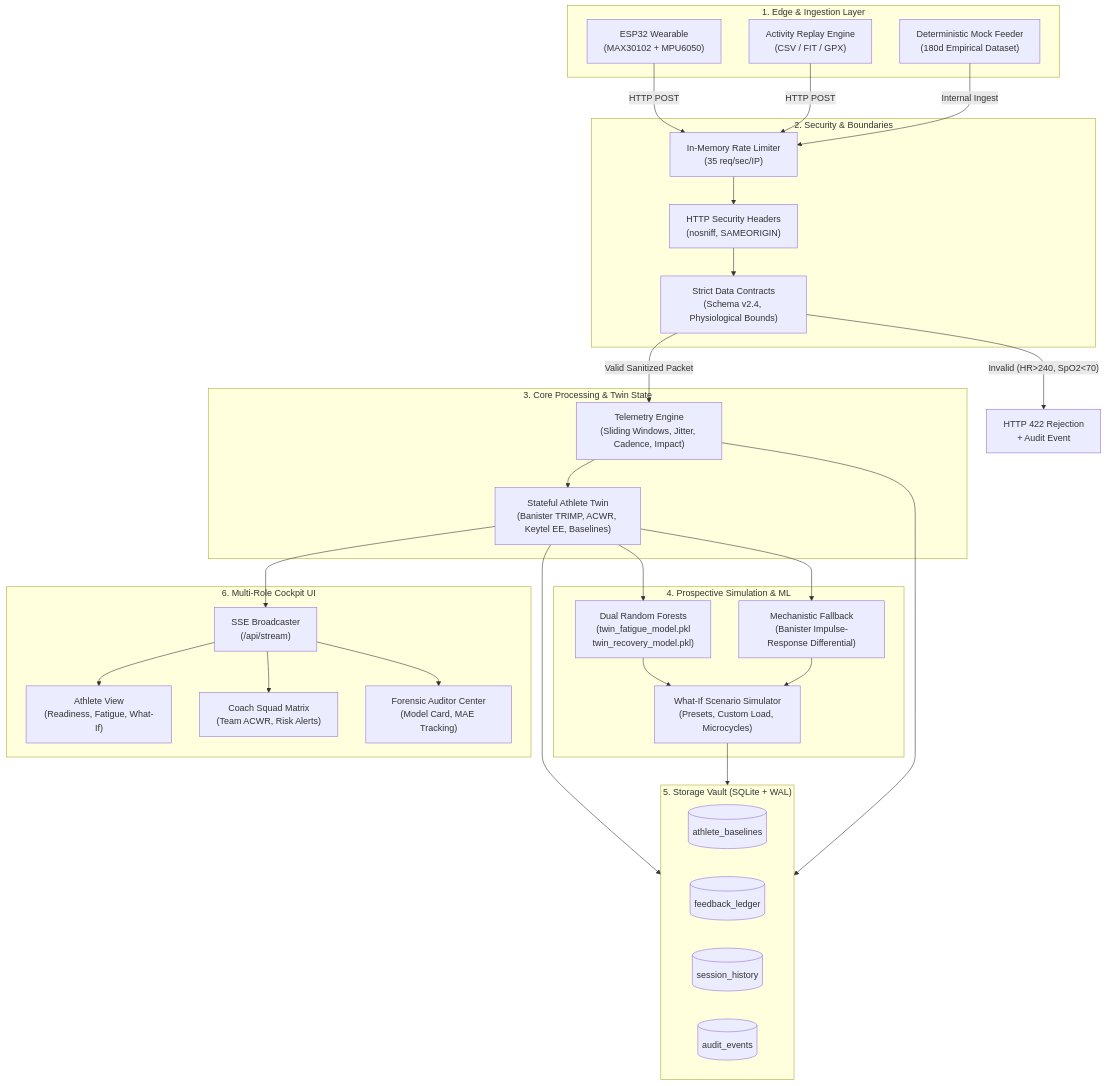
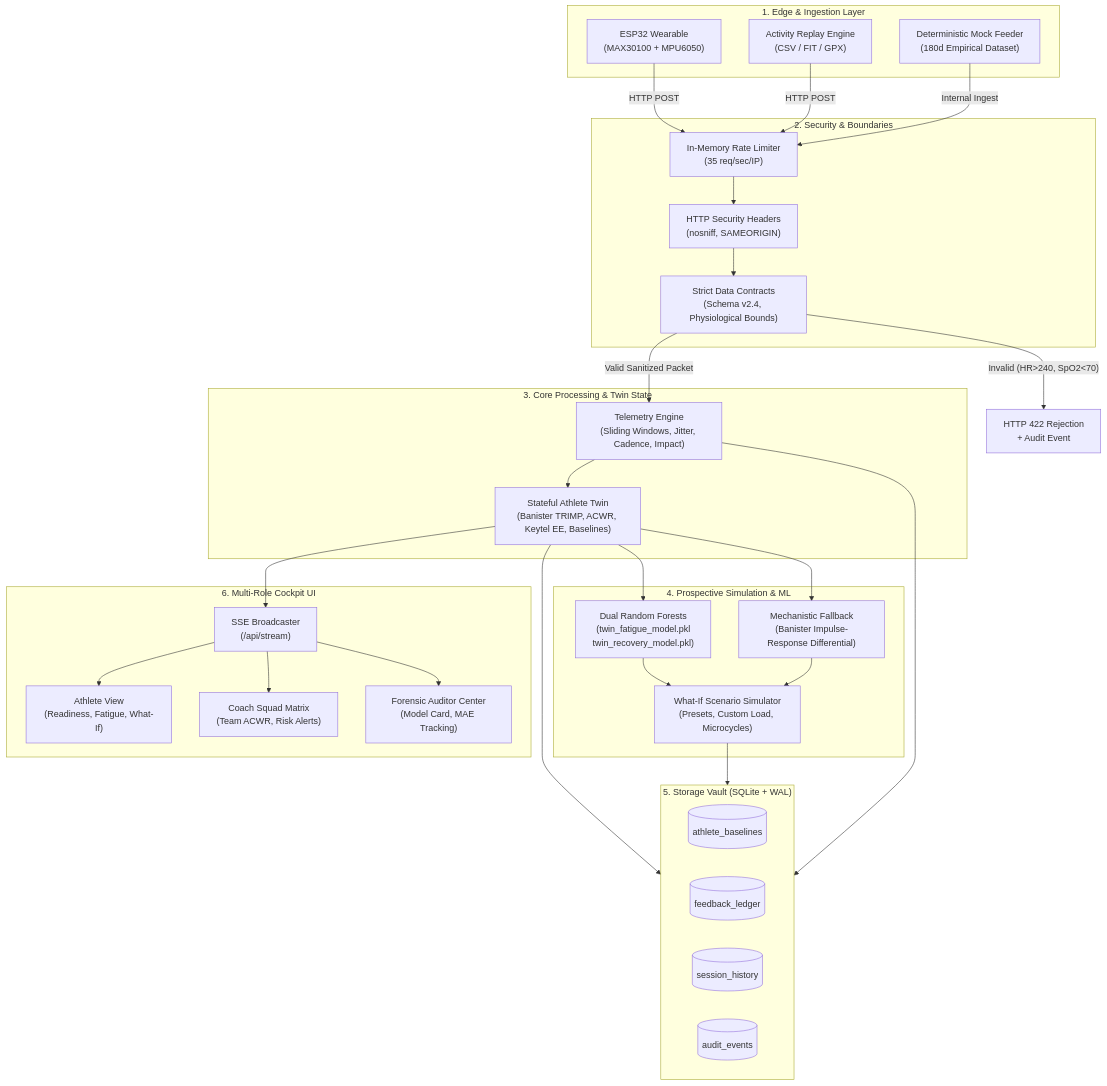
Before and after one commit to avneeshW/Twin-athlete: the diagram in docs/ARCHITECTURE.md, drawn with Mermaid. The commit also changed other lines of this file and 7 other files, not shown here.

Commit message:
docs(step-11): update README, WIRING_GUIDE for MAX30100 hardware and Phase 2 architecture

````diff
--- a/docs/ARCHITECTURE.md
+++ b/docs/ARCHITECTURE.md
@@ -12,51 +12,51 @@
 ```mermaid
 flowchart TD
     subgraph Ingestion["1. Edge & Ingestion Layer"]
-        ESP32["ESP32 Wearable\n(MAX30102 + MPU6050)"]
+        ESP32["ESP32 Wearable\n(MAX30100 + MPU6050)"]
         Replay["Activity Replay Engine\n(CSV / FIT / GPX)"]
         Mock["Deterministic Mock Feeder\n(180d Empirical Dataset)"]
     end
 
     subgraph Security["2. Security & Boundaries"]
         RL["In-Memory Rate Limiter\n(35 req/sec/IP)"]
         Headers["HTTP Security Headers\n(nosniff, SAMEORIGIN)"]
         Contracts["Strict Data Contracts\n(Schema v2.4, Physiological Bounds)"]
     end
 
     subgraph Processing["3. Core Processing & Twin State"]
         TE["Telemetry Engine\n(Sliding Windows, Jitter, Cadence, Impact)"]
         Twin["Stateful Athlete Twin\n(Banister TRIMP, ACWR, Keytel EE, Baselines)"]
     end
 
     subgraph Forecasting["4. Prospective Simulation & ML"]
         ML["Dual Random Forests\n(twin_fatigue_model.pkl\ntwin_recovery_model.pkl)"]
         Mechanistic["Mechanistic Fallback\n(Banister Impulse-Response Differential)"]
         WhatIf["What-If Scenario Simulator\n(Presets, Custom Load, Microcycles)"]
     end
 
     subgraph Persistence["5. Storage Vault (SQLite + WAL)"]
         BaselinesDB[("athlete_baselines")]
         LedgerDB[("feedback_ledger")]
         SessionsDB[("session_history")]
         AuditDB[("audit_events")]
     end
 
     subgraph Presentation["6. Multi-Role Cockpit UI"]
         SSE["SSE Broadcaster\n(/api/stream)"]
         UI_Athlete["Athlete View\n(Readiness, Fatigue, What-If)"]
         UI_Coach["Coach Squad Matrix\n(Team ACWR, Risk Alerts)"]
         UI_Auditor["Forensic Auditor Center\n(Model Card, MAE Tracking)"]
     end
 
     ESP32 -->|HTTP POST| RL
     Replay -->|HTTP POST| RL
     Mock -->|Internal Ingest| RL
     RL --> Headers --> Contracts
     Contracts -- "Invalid (HR>240, SpO2<70)" --> Reject["HTTP 422 Rejection\n+ Audit Event"]
     Contracts -- "Valid Sanitized Packet" --> TE
     TE --> Twin
     Twin --> ML & Mechanistic --> WhatIf
     Twin & WhatIf & TE --> Persistence
     Twin --> SSE
     SSE --> UI_Athlete & UI_Coach & UI_Auditor
 ```
````
